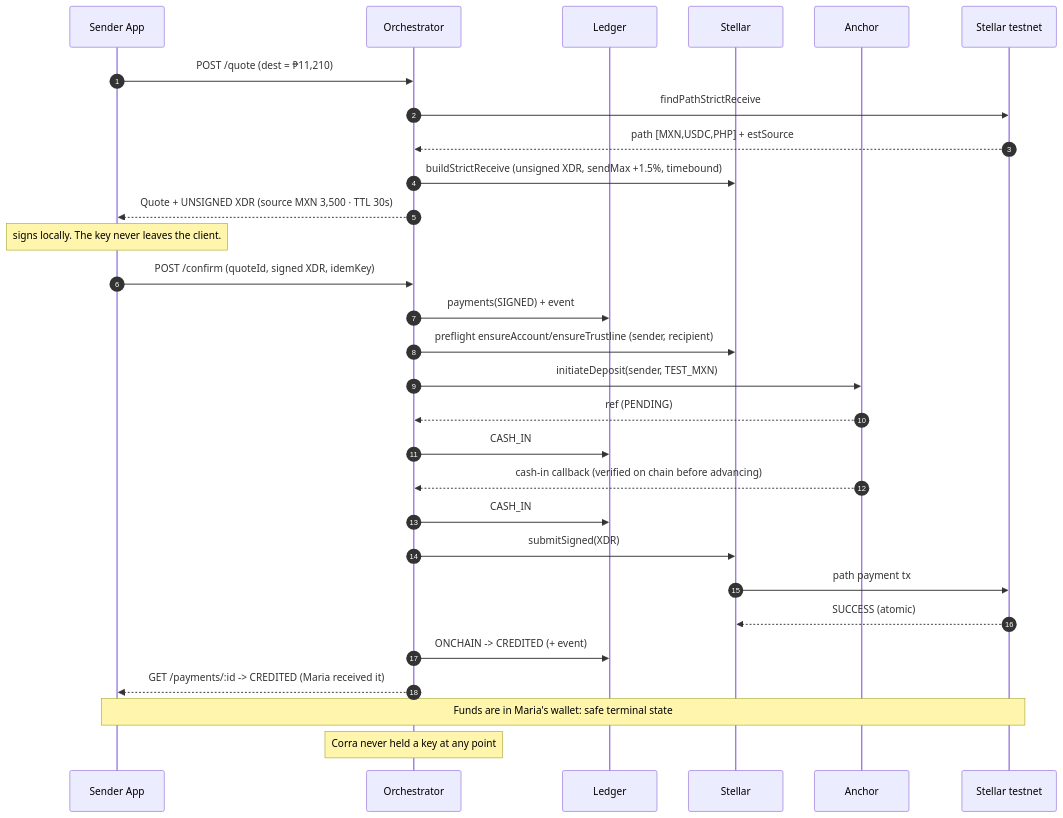
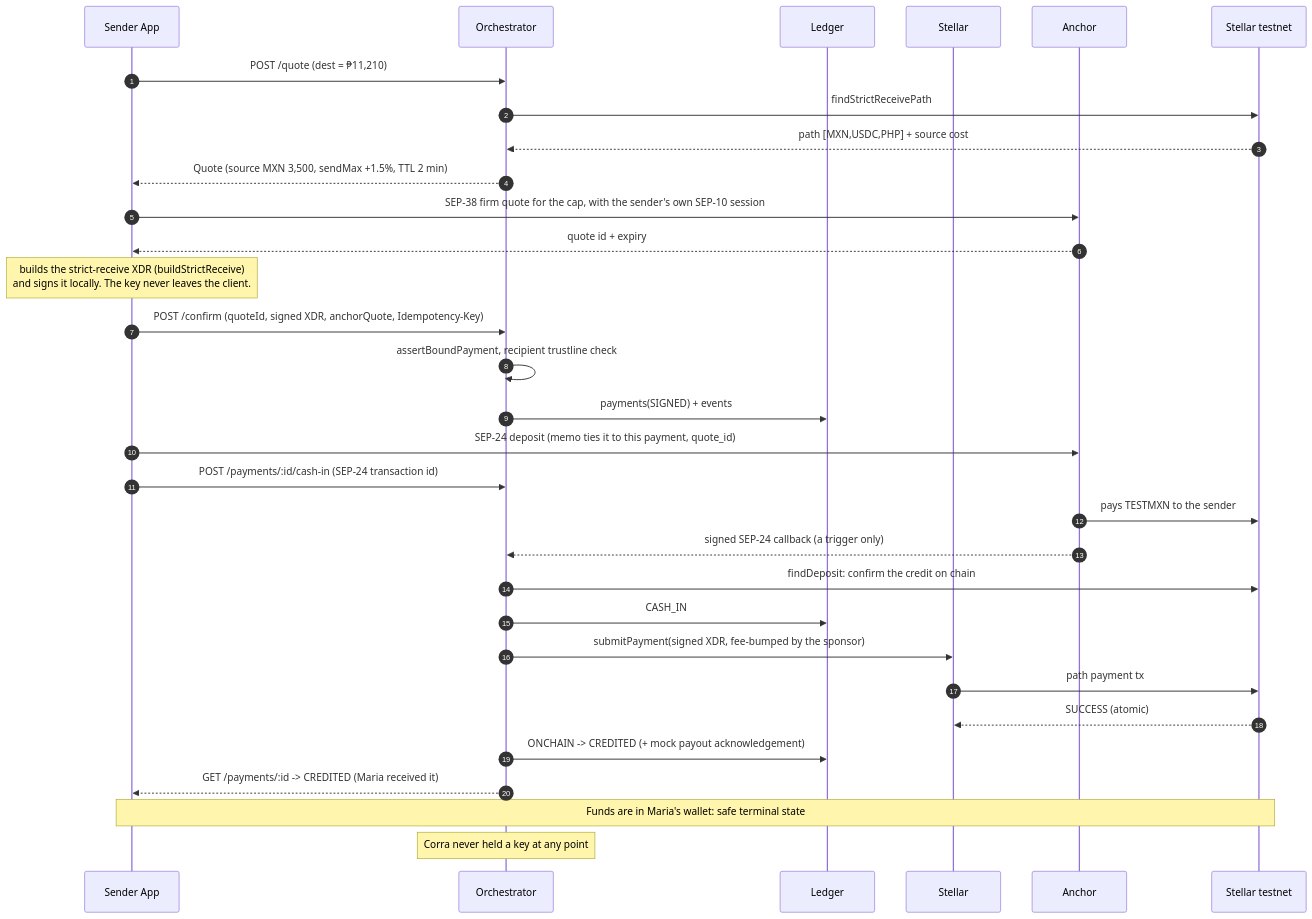
One commit to yigitcangokmen/corramoney changed the first of 5 diagrams in docs/flows.md. Above: the diagram before and after it, drawn with Mermaid. The commit also changed other lines of this file and 9 other files, not shown here.

````diff
--- a/docs/flows.md
+++ b/docs/flows.md
@@ -7,32 +7,34 @@
 ```mermaid
 sequenceDiagram
     autonumber
     participant S as Sender App
     participant O as Orchestrator
     participant L as Ledger
     participant K as Stellar
     participant A as Anchor
     participant X as Stellar testnet
 
     S->>O: POST /quote (dest = ₱11,210)
-    O->>X: findPathStrictReceive
-    X-->>O: path [MXN,USDC,PHP] + estSource
-    O->>K: buildStrictReceive (unsigned XDR, sendMax +1.5%, timebound)
-    O-->>S: Quote + UNSIGNED XDR (source MXN 3,500 · TTL 30s)
-    Note over S: signs locally. The key never leaves the client.
-    S->>O: POST /confirm (quoteId, signed XDR, idemKey)
-    O->>L: payments(SIGNED) + event
-    O->>K: preflight ensureAccount/ensureTrustline (sender, recipient)
-    O->>A: initiateDeposit(sender, TEST_MXN)
-    A-->>O: ref (PENDING)
+    O->>X: findStrictReceivePath
+    X-->>O: path [MXN,USDC,PHP] + source cost
+    O-->>S: Quote (source MXN 3,500, sendMax +1.5%, TTL 2 min)
+    S->>A: SEP-38 firm quote for the cap, with the sender's own SEP-10 session
+    A-->>S: quote id + expiry
+    Note over S: builds the strict-receive XDR (buildStrictReceive)<br/>and signs it locally. The key never leaves the client.
+    S->>O: POST /confirm (quoteId, signed XDR, anchorQuote, Idempotency-Key)
+    O->>O: assertBoundPayment, recipient trustline check
+    O->>L: payments(SIGNED) + events
+    S->>A: SEP-24 deposit (memo ties it to this payment, quote_id)
+    S->>O: POST /payments/:id/cash-in (SEP-24 transaction id)
+    A->>X: pays TESTMXN to the sender
+    A-->>O: signed SEP-24 callback (a trigger only)
+    O->>X: findDeposit: confirm the credit on chain
     O->>L: CASH_IN
-    A-->>O: cash-in callback (verified on chain before advancing)
-    O->>L: CASH_IN
-    O->>K: submitSigned(XDR)
+    O->>K: submitPayment(signed XDR, fee-bumped by the sponsor)
     K->>X: path payment tx
     X-->>K: SUCCESS (atomic)
-    O->>L: ONCHAIN -> CREDITED (+ event)
+    O->>L: ONCHAIN -> CREDITED (+ mock payout acknowledgement)
     O-->>S: GET /payments/:id -> CREDITED (Maria received it)
     Note over S,X: Funds are in Maria's wallet: safe terminal state
     Note over O: Corra never held a key at any point
 ```
````
